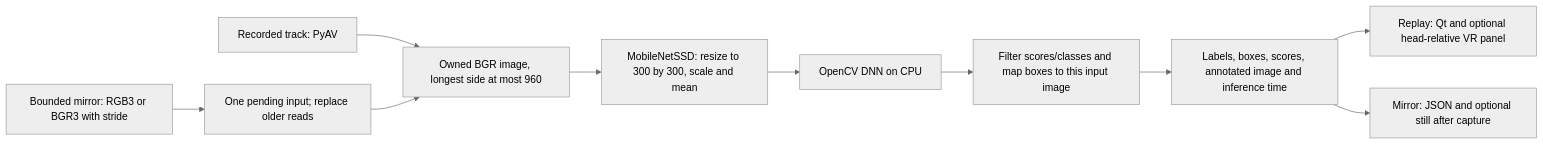
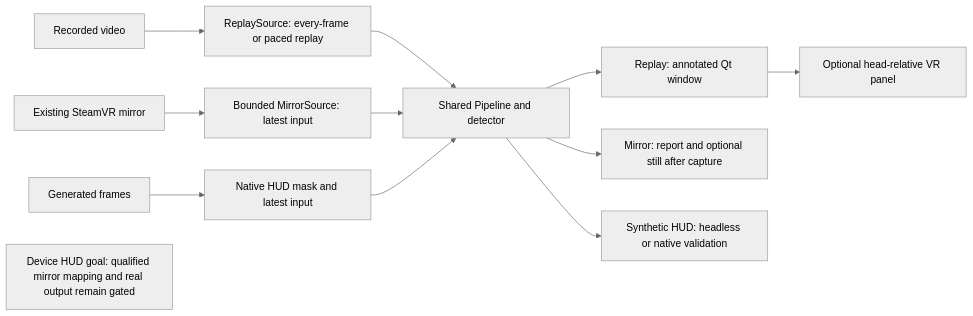
One commit to moral-kombat/SightCircuit changed the diagram in docs/architecture.md. Above: the diagram before and after it, drawn with Mermaid (neutral theme). The commit also changed other lines of this file and 82 other files, not shown here.

````diff
--- a/docs/architecture.md
+++ b/docs/architecture.md
@@ -188,12 +19,14 @@
 ```mermaid
 flowchart LR
-    File[Recorded track: PyAV] --> BGR[Owned BGR image, longest side at most 960]
-    Mirror[Bounded mirror: RGB3 or BGR3 with stride] --> Latest[One pending input; replace older reads]
-    Latest --> BGR
-    BGR --> Adapter[MobileNetSSD: resize to 300 by 300, scale and mean]
-    Adapter --> CPU[OpenCV DNN on CPU]
-    CPU --> Decode[Filter scores/classes and map boxes to this input image]
-    Decode --> Result[Labels, boxes, scores, annotated image and inference time]
-    Result --> Replay[Replay: Qt and optional head-relative VR panel]
-    Result --> Check[Mirror: JSON and optional still after capture]
+    Recording[Recorded video] --> Replay[ReplaySource: every-frame or paced replay]
+    Replay --> Engine[Shared Pipeline and detector]
+    Mirror[Existing SteamVR mirror] --> Bounded[Bounded MirrorSource: latest input]
+    Bounded --> Engine
+    Engine --> Window[Replay: annotated Qt window]
+    Window --> Panel[Optional head-relative VR panel]
+    Engine --> Report[Mirror: report and optional still after capture]
+    Synthetic[Generated frames] --> Mask[Native HUD mask and latest input]
+    Mask --> Engine
+    Engine --> Validation[Synthetic HUD: headless or native validation]
+    Future[Device HUD goal: qualified mirror mapping and real output remain gated]
 ```
````
